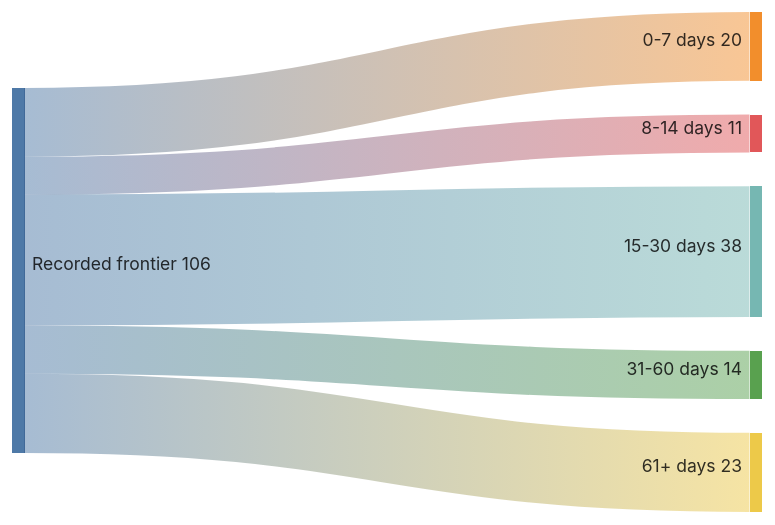
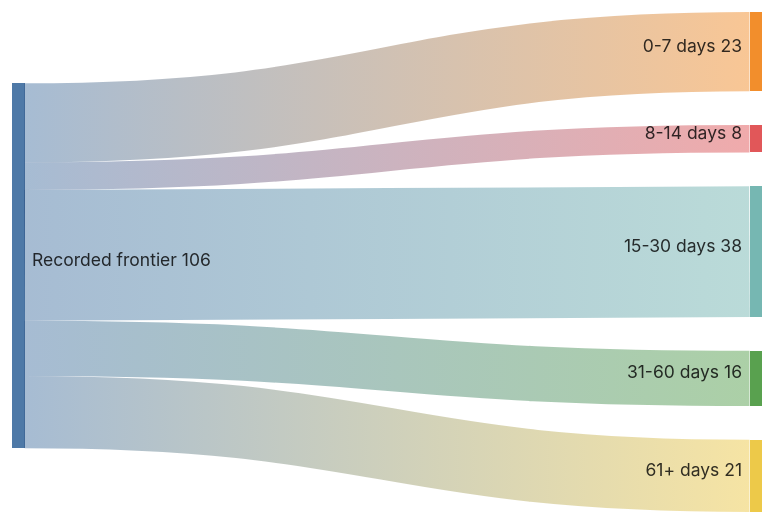
One commit to Armanasq/phd_tracker changed the diagram in docs/diagrams/horizon_sankey.mmd. Above: the diagram before and after it, drawn with Mermaid. The commit also changed 34 other files, not shown here.

```diff
--- a/docs/diagrams/horizon_sankey.mmd
+++ b/docs/diagrams/horizon_sankey.mmd
@@ -1,6 +1,6 @@
 sankey-beta
-Recorded frontier,0-7 days,20
-Recorded frontier,8-14 days,11
+Recorded frontier,0-7 days,23
+Recorded frontier,8-14 days,8
 Recorded frontier,15-30 days,38
-Recorded frontier,31-60 days,14
-Recorded frontier,61+ days,23
+Recorded frontier,31-60 days,16
+Recorded frontier,61+ days,21
```
